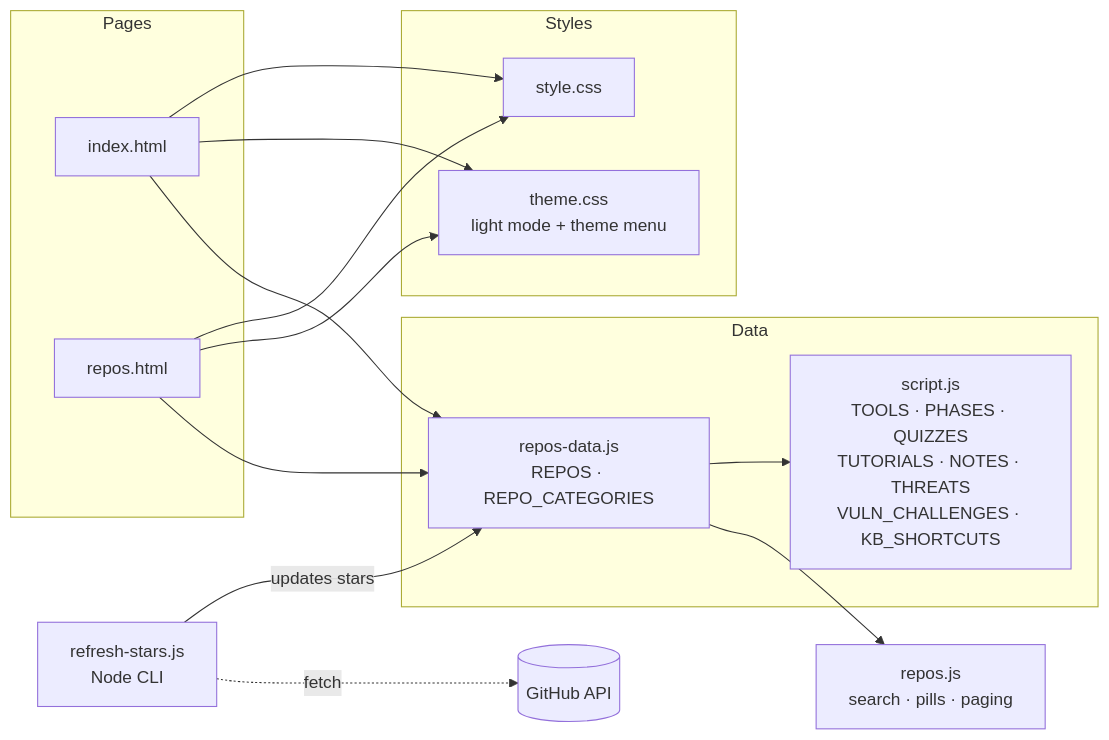
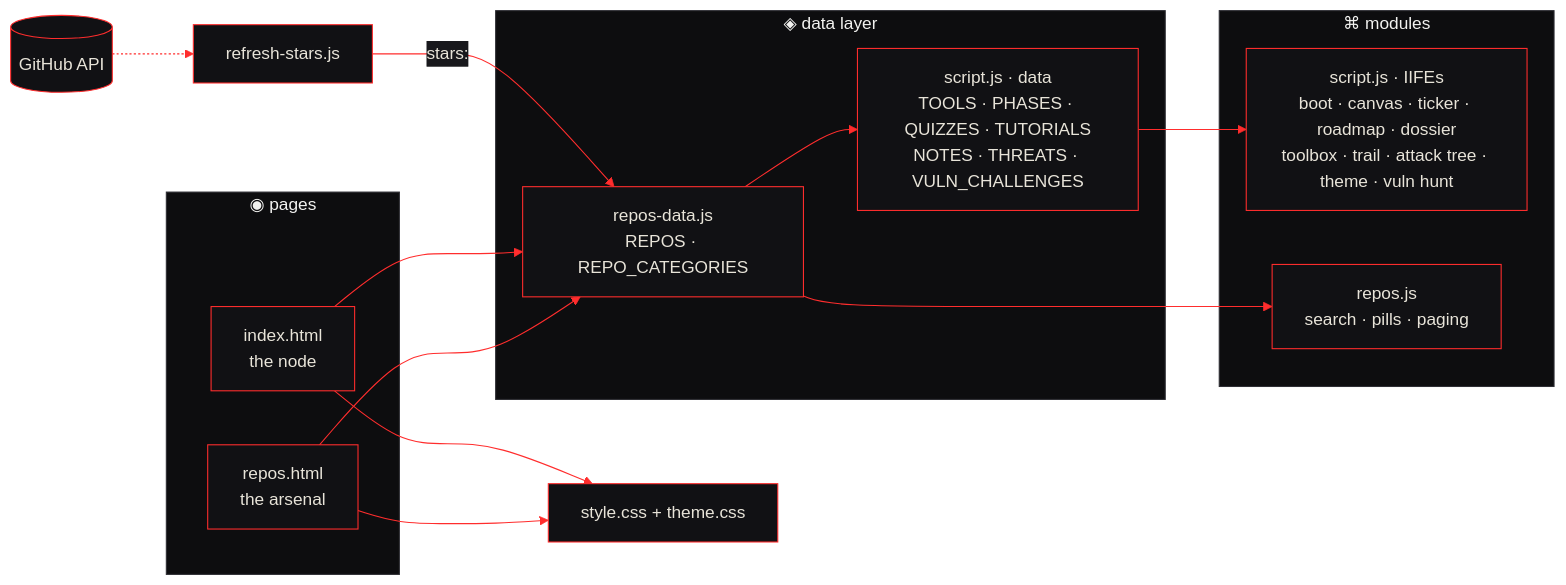
Before and after one commit to arman080325/fsociety-web: the diagram in README.md, drawn with Mermaid. The commit also changed other lines of this file and 25 other files, not shown here.

````diff
--- a/README.md
+++ b/README.md
@@ -276,25 +249,23 @@
 ```mermaid
+%%{init: {'theme':'base','themeVariables':{'background':'#080809','primaryColor':'#111114','primaryTextColor':'#e8e4d9','primaryBorderColor':'#ff2d2d','lineColor':'#ff2d2d','secondaryColor':'#18181c','tertiaryColor':'#0d0d0f','clusterBkg':'#0d0d0f','clusterBorder':'#2e2e34','fontFamily':'JetBrains Mono, monospace'}}}%%
 flowchart LR
-    subgraph Pages
-        I[index.html]
-        R[repos.html]
+    subgraph PAGES["◉ pages"]
+        I["index.html<br/>the node"]
+        R["repos.html<br/>the arsenal"]
     end
-    subgraph Styles
-        S[style.css]
-        T[theme.css<br/>light mode + theme menu]
+    subgraph DATA["◈ data layer"]
+        D["repos-data.js<br/>REPOS · REPO_CATEGORIES"]
+        S["script.js · data<br/>TOOLS · PHASES · QUIZZES · TUTORIALS<br/>NOTES · THREATS · VULN_CHALLENGES"]
     end
-    subgraph Data
-        D[repos-data.js<br/>REPOS · REPO_CATEGORIES]
-        SJ[script.js<br/>TOOLS · PHASES · QUIZZES<br/>TUTORIALS · NOTES · THREATS<br/>VULN_CHALLENGES · KB_SHORTCUTS]
+    subgraph LOGIC["⌘ modules"]
+        M["script.js · IIFEs<br/>boot · canvas · ticker · roadmap · dossier<br/>toolbox · trail · attack tree · theme · vuln hunt"]
+        RJ["repos.js<br/>search · pills · paging"]
     end
-    RJ[repos.js<br/>search · pills · paging]
-    RS[refresh-stars.js<br/>Node CLI]
-    GH[(GitHub API)]
-
-    I --> S & T
-    R --> S & T
-    I --> D --> SJ
+    CSS["style.css + theme.css"]
+    RS["refresh-stars.js"] -- "stars:" --> D
+    GH[("GitHub API")] -.-> RS
+    I --> CSS
+    R --> CSS
+    I --> D --> S --> M
     R --> D --> RJ
-    RS -- updates stars --> D
-    RS -. fetch .-> GH
 ```
````
